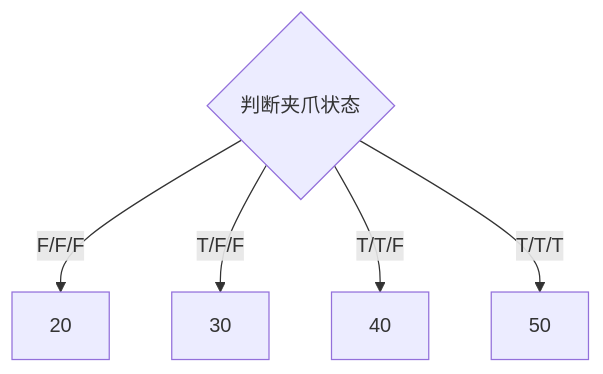
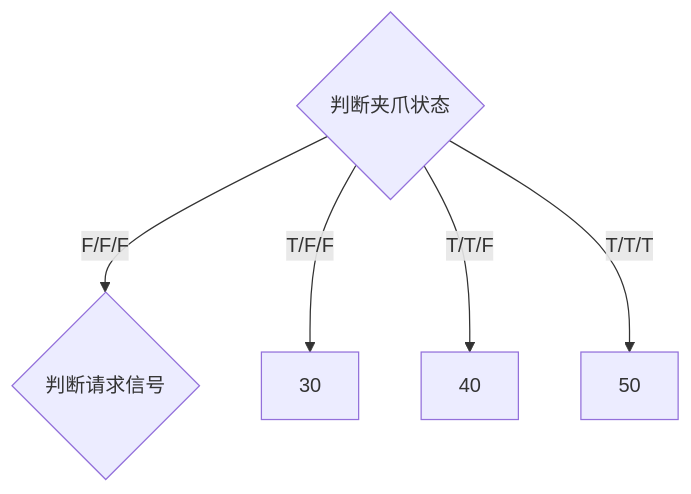
One commit to zmq000/iodraw-files changed the diagram in all/未命名.md. Above: the diagram before and after it, drawn with Mermaid.

Commit message:
2026-06-18 11:49:44 update

````diff
--- a/all/未命名.md
+++ b/all/未命名.md
@@ -1,9 +1,9 @@
 ```mermaid
 graph TD
 10{判断夹爪状态}-->|F/F/F|20
 10-->|T/F/F|30
 10-->|T/T/F|40
 10-->|T/T/T|50
 
-20
+20{判断请求信号}
 ```
````
